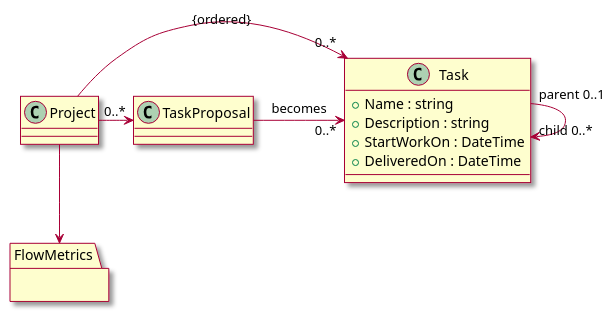
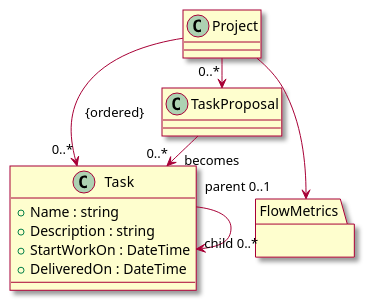
The diagram in Docs/DomainModel.puml (Xiphereal/FlowTaskManagement), drawn with PlantUML before and after one commit.

Commit message:
docs: move Project to be at the topmost

```diff
--- a/Docs/DomainModel.puml
+++ b/Docs/DomainModel.puml
@@ -1,22 +1,22 @@
 @startuml
 skin rose
 
 'https://plantuml.com/class-diagram
 
 class Task {
     + Name : string
     + Description : string
     + StartWorkOn : DateTime
     + DeliveredOn : DateTime
 }
 
-Project -> "0..*" Task : {ordered}
+Project --> "0..*" Task : {ordered}
 Task "parent 0..1" -> "child 0..*" Task
 
 Project -> "0..*" TaskProposal
 TaskProposal -> "0..*" Task : becomes 
 
 package FlowMetrics {}
 Project --> FlowMetrics
 
 @enduml
```
